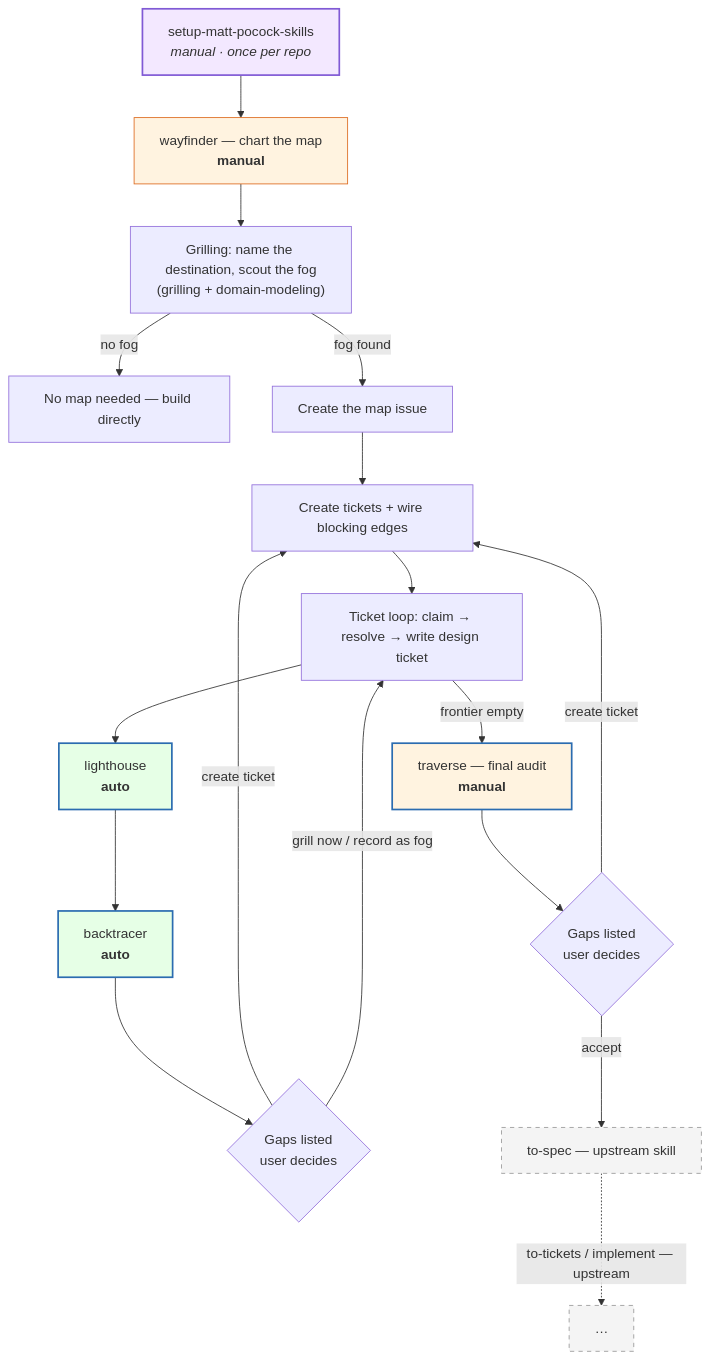
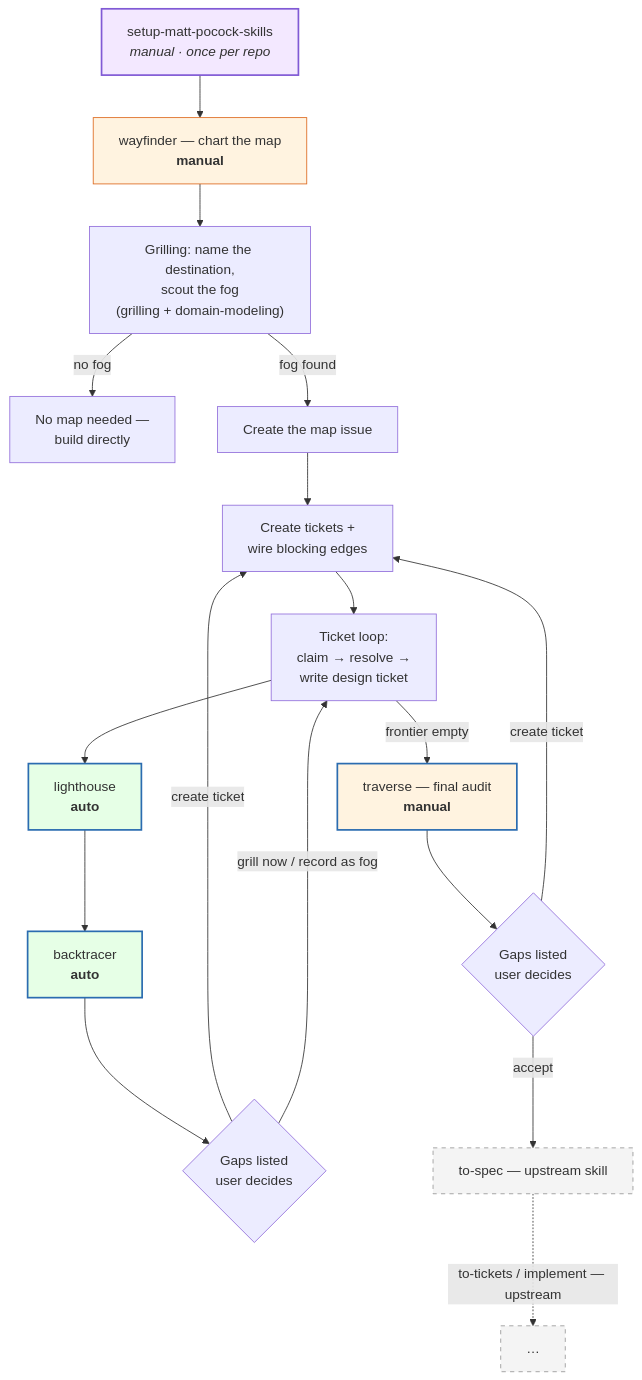
The first of 2 diagrams in README.md (hugosol/oh-my-wayfinder), drawn with Mermaid before and after one commit. The commit also changed other lines of this file and 1 other file, not shown here.

Commit message:
add br to mermaid

````diff
--- a/README.md
+++ b/README.md
@@ -46,27 +46,27 @@
 ```mermaid
 flowchart TD
     S["setup-matt-pocock-skills<br/><i>manual · once per repo</i>"] --> W["wayfinder — chart the map<br/><b>manual</b>"]
-    W --> G["Grilling: name the destination, scout the fog<br/>(grilling + domain-modeling)"]
-    G -->|"no fog"| N["No map needed — build directly"]
+    W --> G["Grilling: name the destination,<br/>scout the fog<br/>(grilling + domain-modeling)"]
+    G -->|"no fog"| N["No map needed —<br/>build directly"]
     G -->|"fog found"| M["Create the map issue"]
-    M --> T["Create tickets + wire blocking edges"]
-    T --> L["Ticket loop: claim → resolve → write design ticket"]
+    M --> T["Create tickets +<br/>wire blocking edges"]
+    T --> L["Ticket loop:<br/>claim → resolve →<br/>write design ticket"]
     L --> LH["lighthouse<br/><b>auto</b>"]
     LH --> BT["backtracer<br/><b>auto</b>"]
     BT --> CG{"Gaps listed<br/>user decides"}
     CG -->|"create ticket"| T
     CG -->|"grill now / record as fog"| L
     L -->|"frontier empty"| TR["traverse — final audit<br/><b>manual</b>"]
     TR --> CG2{"Gaps listed<br/>user decides"}
     CG2 -->|"create ticket"| T
     CG2 -->|"accept"| TS["to-spec — upstream skill"]
     TS -.->|"to-tickets / implement — upstream"| X["…"]
 
     style LH fill:#e6ffe6,stroke:#2b6cb0,stroke-width:2px
     style BT fill:#e6ffe6,stroke:#2b6cb0,stroke-width:2px
     style TR fill:#fff3e0,stroke:#2b6cb0,stroke-width:2px
     style W fill:#fff3e0,stroke:#dd6b20
     style S fill:#f3e8ff,stroke:#805ad5,stroke-width:2px
     style TS fill:#f4f4f4,stroke:#999,stroke-dasharray:5 5
     style X fill:#f4f4f4,stroke:#999,stroke-dasharray:5 5
 ```
````
